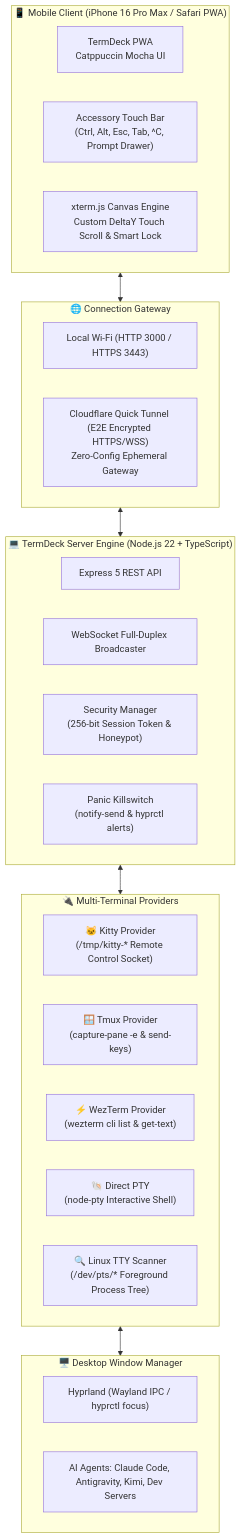
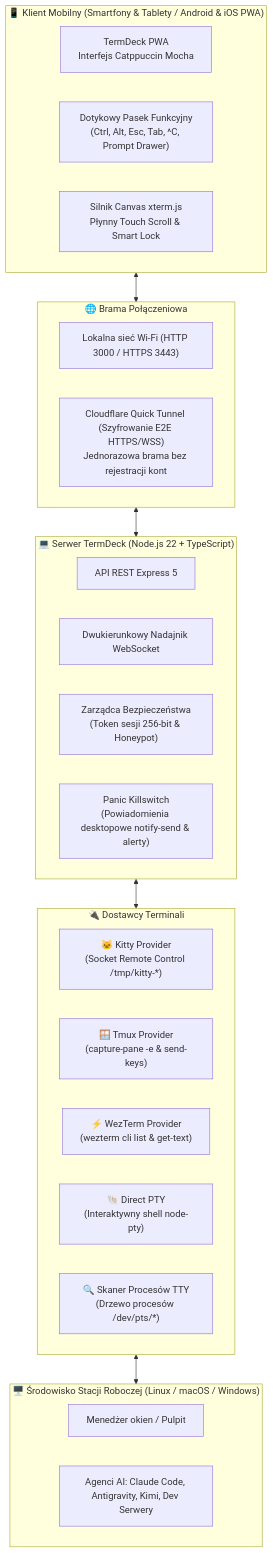
One commit to adrian-wulf/term-deck changed the diagram in README.md. Above: the diagram before and after it, drawn with Mermaid. The commit also changed other lines of this file and 1 other file, not shown here.

Commit message:
docs: set Polish README as primary, add BlitzRunner to ecosystem, clean problem statement, and expand mobile touch ergonomics

````diff
--- a/README.md
+++ b/README.md
@@ -109,38 +102,38 @@
 ```mermaid
 flowchart TD
-    subgraph ClientLayer["📱 Mobile Client (iPhone 16 Pro Max / Safari PWA)"]
-        PWA["TermDeck PWA\nCatppuccin Mocha UI"]
-        TouchBar["Accessory Touch Bar\n(Ctrl, Alt, Esc, Tab, ^C, Prompt Drawer)"]
-        XTerm["xterm.js Canvas Engine\nCustom DeltaY Touch Scroll & Smart Lock"]
+    subgraph ClientLayer["📱 Klient Mobilny (Smartfony & Tablety / Android & iOS PWA)"]
+        PWA["TermDeck PWA\nInterfejs Catppuccin Mocha"]
+        TouchBar["Dotykowy Pasek Funkcyjny\n(Ctrl, Alt, Esc, Tab, ^C, Prompt Drawer)"]
+        XTerm["Silnik Canvas xterm.js\nPłynny Touch Scroll & Smart Lock"]
     end
 
-    subgraph NetworkLayer["🌐 Connection Gateway"]
-        LAN["Local Wi-Fi (HTTP 3000 / HTTPS 3443)"]
-        Tunnel["Cloudflare Quick Tunnel (E2E Encrypted HTTPS/WSS)\nZero-Config Ephemeral Gateway"]
+    subgraph NetworkLayer["🌐 Brama Połączeniowa"]
+        LAN["Lokalna sieć Wi-Fi (HTTP 3000 / HTTPS 3443)"]
+        Tunnel["Cloudflare Quick Tunnel (Szyfrowanie E2E HTTPS/WSS)\nJednorazowa brama bez rejestracji kont"]
     end
 
-    subgraph BackendCore["💻 TermDeck Server Engine (Node.js 22 + TypeScript)"]
-        Express["Express 5 REST API"]
-        WSS["WebSocket Full-Duplex Broadcaster"]
-        Auth["Security Manager\n(256-bit Session Token & Honeypot)"]
-        Killswitch["Panic Killswitch\n(notify-send & hyprctl alerts)"]
+    subgraph BackendCore["💻 Serwer TermDeck (Node.js 22 + TypeScript)"]
+        Express["API REST Express 5"]
+        WSS["Dwukierunkowy Nadajnik WebSocket"]
+        Auth["Zarządca Bezpieczeństwa\n(Token sesji 256-bit & Honeypot)"]
+        Killswitch["Panic Killswitch\n(Powiadomienia desktopowe notify-send & alerty)"]
     end
 
-    subgraph Providers["🔌 Multi-Terminal Providers"]
-        Kitty["🐱 Kitty Provider\n(/tmp/kitty-* Remote Control Socket)"]
+    subgraph Providers["🔌 Dostawcy Terminali"]
+        Kitty["🐱 Kitty Provider\n(Socket Remote Control /tmp/kitty-*)"]
         Tmux["🪟 Tmux Provider\n(capture-pane -e & send-keys)"]
         WezTerm["⚡ WezTerm Provider\n(wezterm cli list & get-text)"]
-        DirectPTY["🐚 Direct PTY\n(node-pty Interactive Shell)"]
-        SysScanner["🔍 Linux TTY Scanner\n(/dev/pts/* Foreground Process Tree)"]
+        DirectPTY["🐚 Direct PTY\n(Interaktywny shell node-pty)"]
+        SysScanner["🔍 Skaner Procesów TTY\n(Drzewo procesów /dev/pts/*)"]
     end
 
-    subgraph DesktopWM["🖥️ Desktop Window Manager"]
-        Hyprland["Hyprland (Wayland IPC / hyprctl focus)"]
-        Processes["AI Agents: Claude Code, Antigravity, Kimi, Dev Servers"]
+    subgraph DesktopWM["🖥️ Środowisko Stacji Roboczej (Linux / macOS / Windows)"]
+        WM["Menedżer okien / Pulpit"]
+        Processes["Agenci AI: Claude Code, Antigravity, Kimi, Dev Serwery"]
     end
 
     ClientLayer <--> NetworkLayer
     NetworkLayer <--> BackendCore
     BackendCore <--> Providers
     Providers <--> DesktopWM
 ```
````
